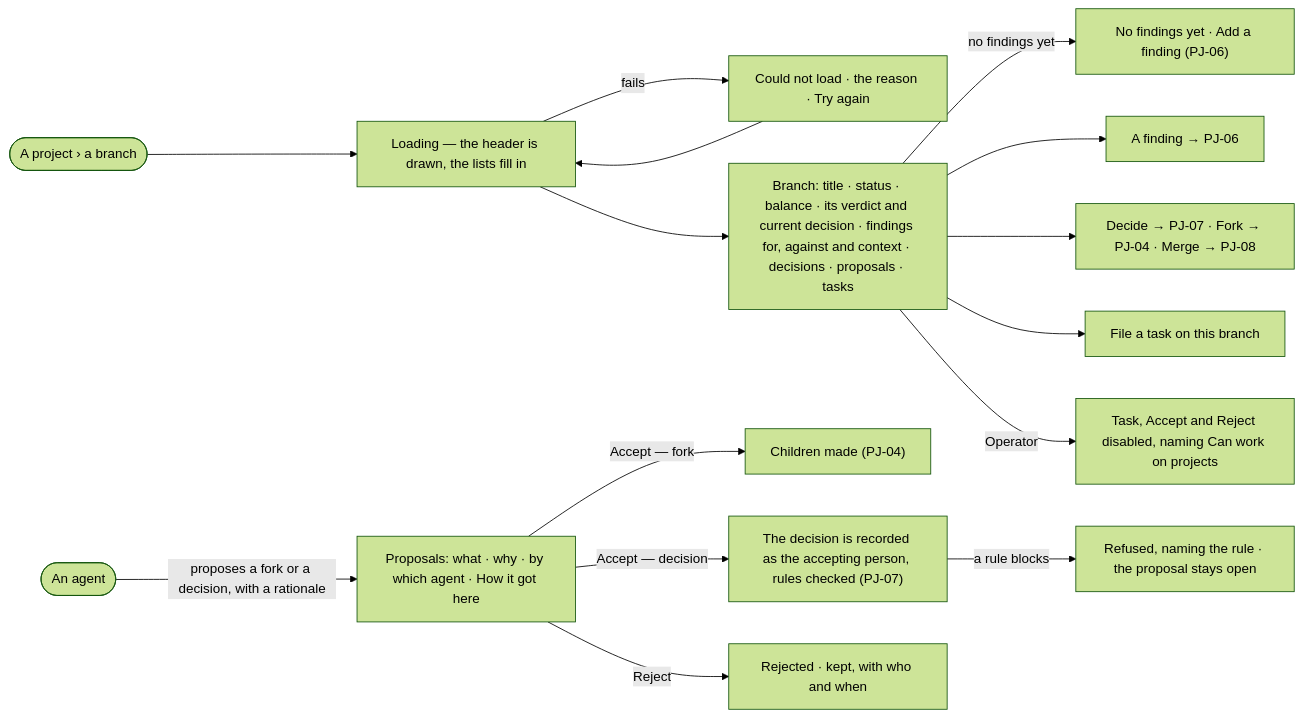
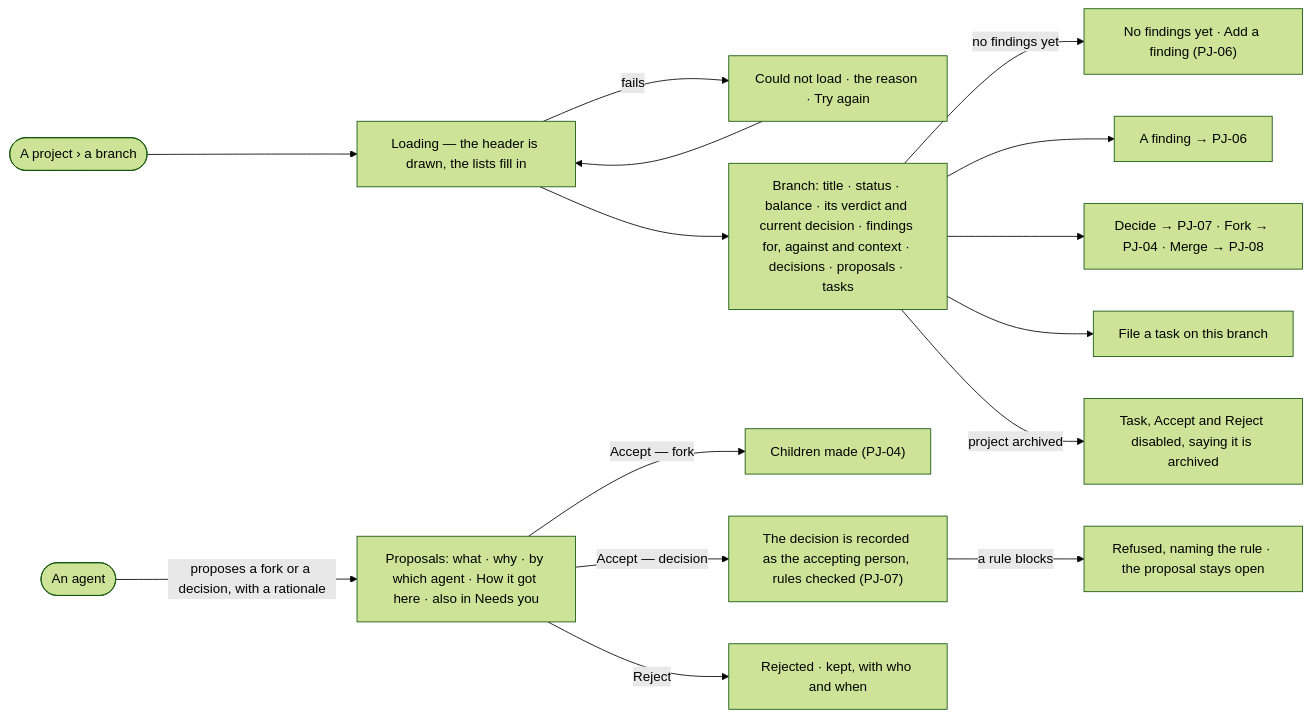
Before and after one commit to invana/invana: the diagram in specs/capabilities/projects/features/PJ-F03-branches-findings-and-decisions/stories/PJ-05-read-a-branch-with-its-evidence-and-proposals/story.md, drawn with Mermaid (forest theme). The commit also changed other lines of this file and 522 other files, not shown here.

````diff
--- a/specs/capabilities/projects/features/PJ-F03-branches-findings-and-decisions/stories/PJ-05-read-a-branch-with-its-evidence-and-proposals/story.md
+++ b/specs/capabilities/projects/features/PJ-F03-branches-findings-and-decisions/stories/PJ-05-read-a-branch-with-its-evidence-and-proposals/story.md
@@ -27,16 +30,16 @@
 ```mermaid
 flowchart LR
   s([A project › a branch]) --> load["Loading — the header is drawn, the lists fill in"]
   load -->|fails| f["Could not load · the reason · Try again"] --> load
   load --> b["Branch: title · status · balance · its verdict and current decision · findings for, against and context · decisions · proposals · tasks"]
   b -->|no findings yet| n["No findings yet · Add a finding (PJ-06)"]
   b --> fd["A finding → PJ-06"]
   b --> dc["Decide → PJ-07 · Fork → PJ-04 · Merge → PJ-08"]
   b --> tk["File a task on this branch"]
-  b -->|Operator| na["Task, Accept and Reject disabled, naming Can work on projects"]
-  agent([An agent]) -->|proposes a fork or a decision, with a rationale| p["Proposals: what · why · by which agent · How it got here"]
+  b -->|project archived| na["Task, Accept and Reject disabled, saying it is archived"]
+  agent([An agent]) -->|proposes a fork or a decision, with a rationale| p["Proposals: what · why · by which agent · How it got here · also in Needs you"]
   p -->|Accept — fork| fk["Children made (PJ-04)"]
   p -->|Accept — decision| dd["The decision is recorded as the accepting person, rules checked (PJ-07)"]
   dd -->|a rule blocks| rb["Refused, naming the rule · the proposal stays open"]
   p -->|Reject| rj["Rejected · kept, with who and when"]
 ```
````
